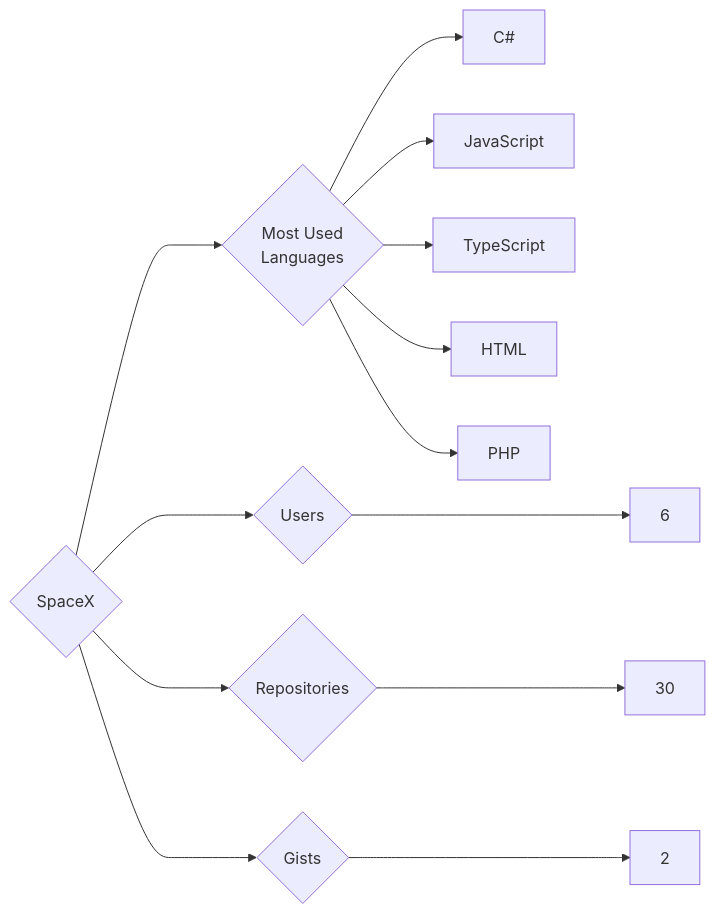
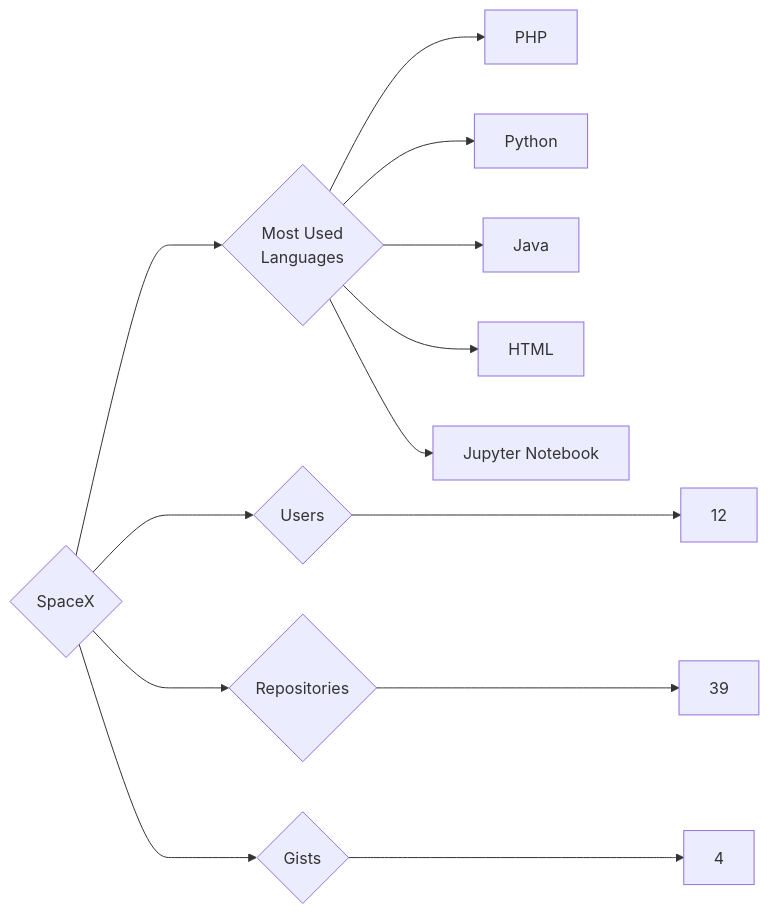
Before and after one commit to trickest/insiders: the diagram in targets/SpaceX/README.md, drawn with Mermaid. The commit also changed 1696 other files, not shown here.

````diff
--- a/targets/SpaceX/README.md
+++ b/targets/SpaceX/README.md
@@ -3,13 +3,13 @@
 ```mermaid
 graph LR
 COMPANY_NAME{SpaceX}
-COMPANY_NAME ---> U{Users} ---> UN[6]
-COMPANY_NAME ---> R{Repositories} ---> RN[30]
-COMPANY_NAME ---> G{Gists} ---> GN[2]
+COMPANY_NAME ---> U{Users} ---> UN[12]
+COMPANY_NAME ---> R{Repositories} ---> RN[39]
+COMPANY_NAME ---> G{Gists} ---> GN[4]
 COMPANY_NAME ---> ML{Most Used<br>Languages}
-ML --> C#[C#]
-ML --> JavaScript[JavaScript]
-ML --> TypeScript[TypeScript]
+ML --> PHP[PHP]
+ML --> Python[Python]
+ML --> Java[Java]
 ML --> HTML[HTML]
-ML --> PHP[PHP]
+ML --> Jupyter_Notebook[Jupyter Notebook]
 ```
````
